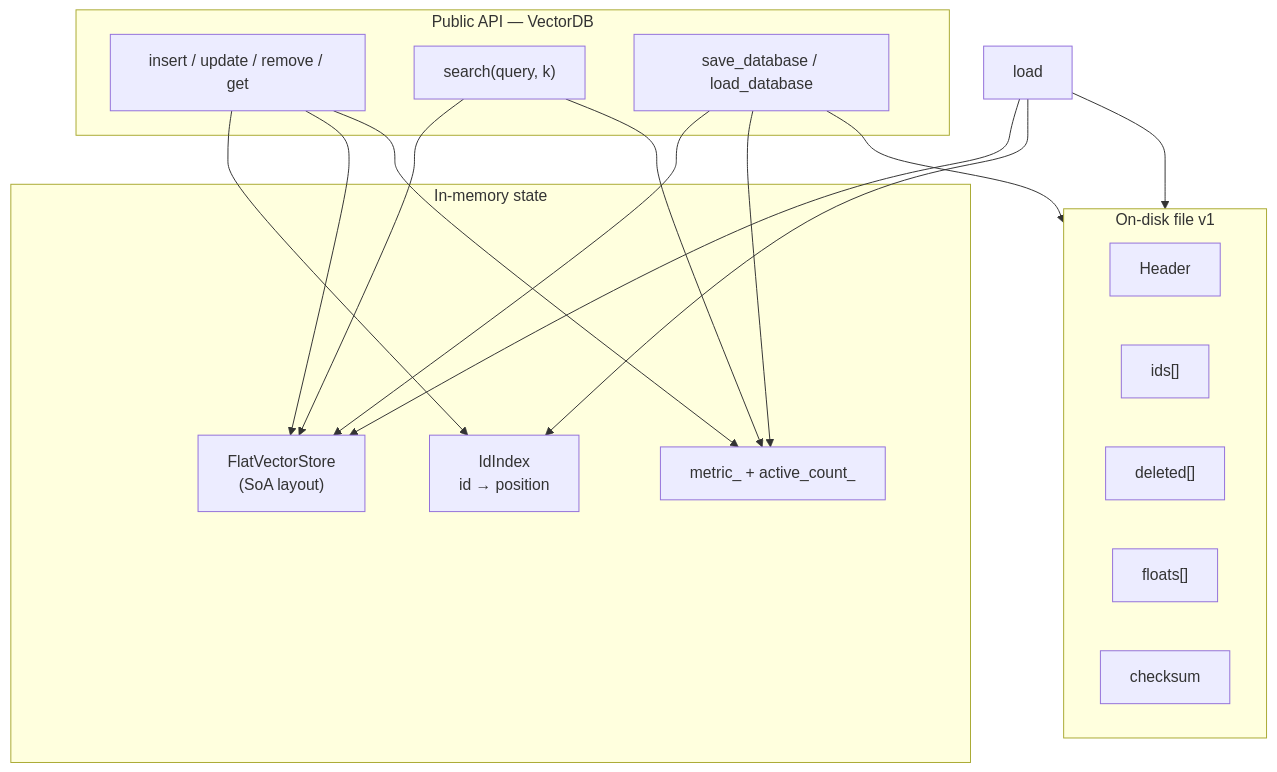
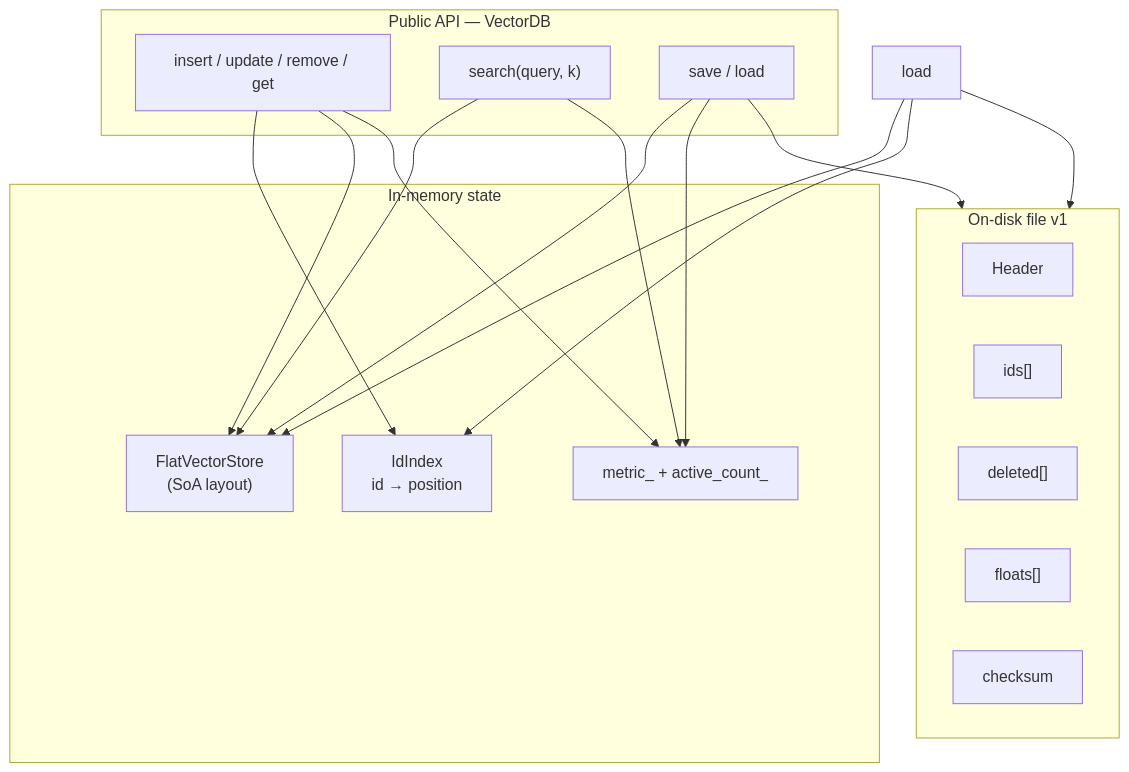
The third of 4 diagrams in README.md (Kumario1/vectorDB), drawn with Mermaid before and after one commit. The commit also changed other lines of this file, not shown here.

````diff
--- a/README.md
+++ b/README.md
@@ -27,34 +44,34 @@
 ```mermaid
 flowchart TB
   subgraph API["Public API — VectorDB"]
     insert["insert / update / remove / get"]
     search["search(query, k)"]
-    save["save_database / load_database"]
+    save["save / load"]
   end
 
   subgraph Memory["In-memory state"]
     store["FlatVectorStore\n(SoA layout)"]
     index["IdIndex\nid → position"]
     meta["metric_ + active_count_"]
   end
 
   subgraph Disk["On-disk file v1"]
     hdr["Header"]
     ids["ids[]"]
     del["deleted[]"]
     floats["floats[]"]
     sum["checksum"]
   end
 
   insert --> index
   insert --> store
   insert --> meta
   search --> store
   search --> meta
   save --> store
   save --> meta
   save --> Disk
   load --> Disk
   load --> store
   load --> index
 ```
````
